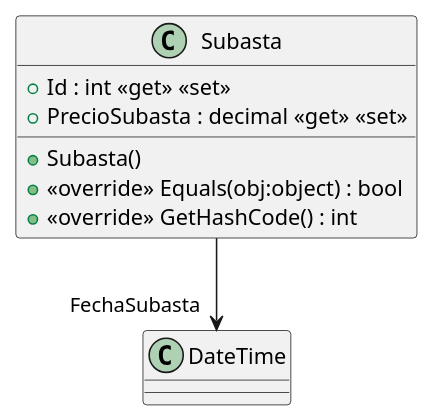
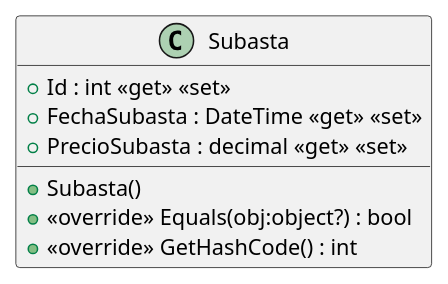
Before and after one commit to ISII2627NPA/ISII2627NPA: the diagram in src/AppForSEII.API/ClassDiagram/Subasta.puml, drawn with PlantUML. The commit also changed 5 other files, not shown here.

Commit message:
corregir diagramas UML, namespaces y warnings en Subasta y ApplicationUser

```diff
--- a/src/AppForSEII.API/ClassDiagram/Subasta.puml
+++ b/src/AppForSEII.API/ClassDiagram/Subasta.puml
@@ -1,10 +1,10 @@
 @startuml
 class Subasta {
     + Id : int <<get>> <<set>>
+    + FechaSubasta : DateTime <<get>> <<set>>
     + PrecioSubasta : decimal <<get>> <<set>>
     + Subasta()
-    + <<override>> Equals(obj:object) : bool
+    + <<override>> Equals(obj:object?) : bool
     + <<override>> GetHashCode() : int
 }
-Subasta --> "FechaSubasta" DateTime
 @enduml
```
